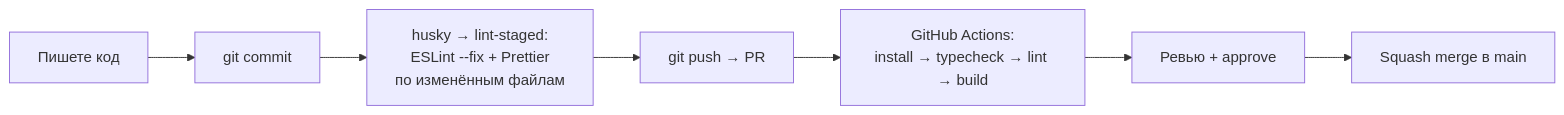
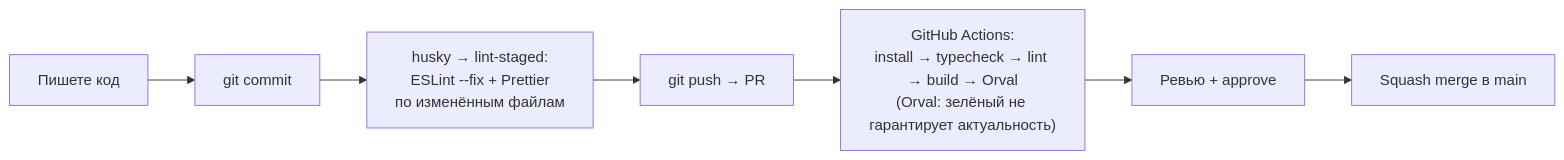
The diagram in apps/web/docs/tooling.md (project-messenger/monorepo-app), drawn with Mermaid before and after one commit. The commit also changed other lines of this file and 6 other files, not shown here.

````diff
--- a/apps/web/docs/tooling.md
+++ b/apps/web/docs/tooling.md
@@ -7,9 +7,9 @@
 ```mermaid
 flowchart LR
     Edit["Пишете код"] --> Commit["git commit"]
     Commit --> Hook["husky → lint-staged:<br/>ESLint --fix + Prettier<br/>по изменённым файлам"]
     Hook --> Push["git push → PR"]
-    Push --> CI["GitHub Actions:<br/>install → typecheck → lint → build"]
+    Push --> CI["GitHub Actions:<br/>install → typecheck → lint → build → Orval<br/>(Orval: зелёный не гарантирует актуальность)"]
     CI --> Review["Ревью + approve"]
     Review --> Merge["Squash merge в main"]
 ```
````
